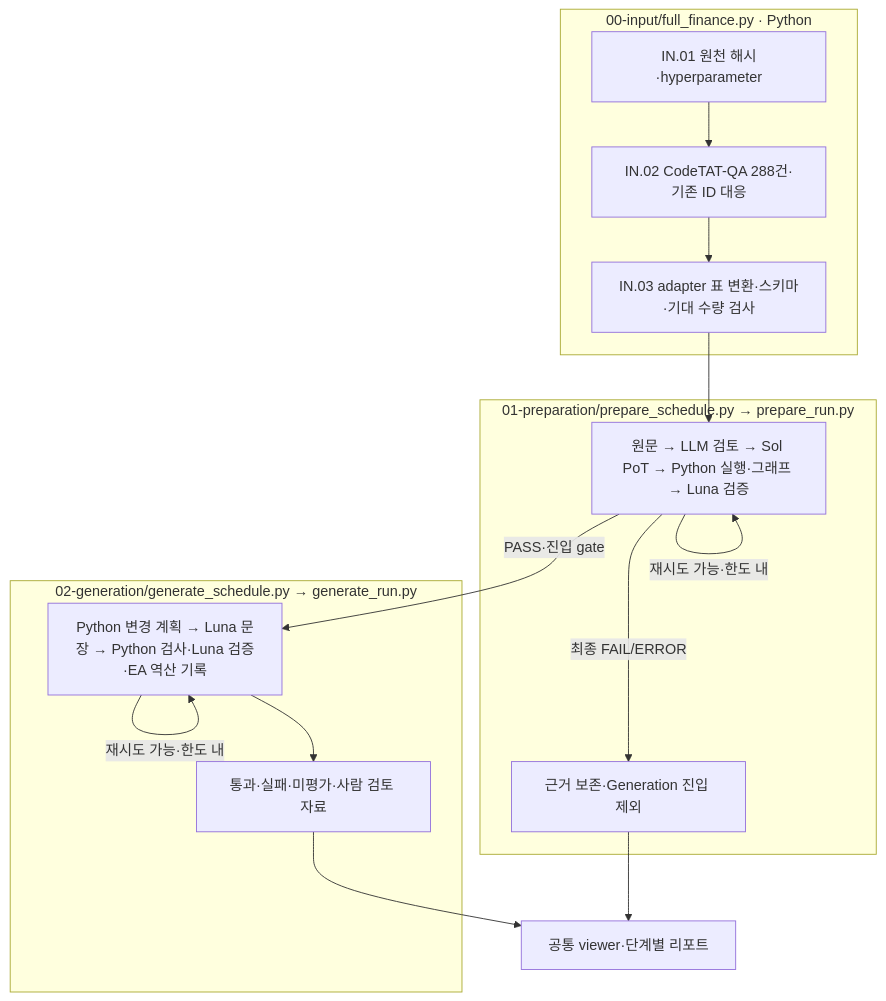
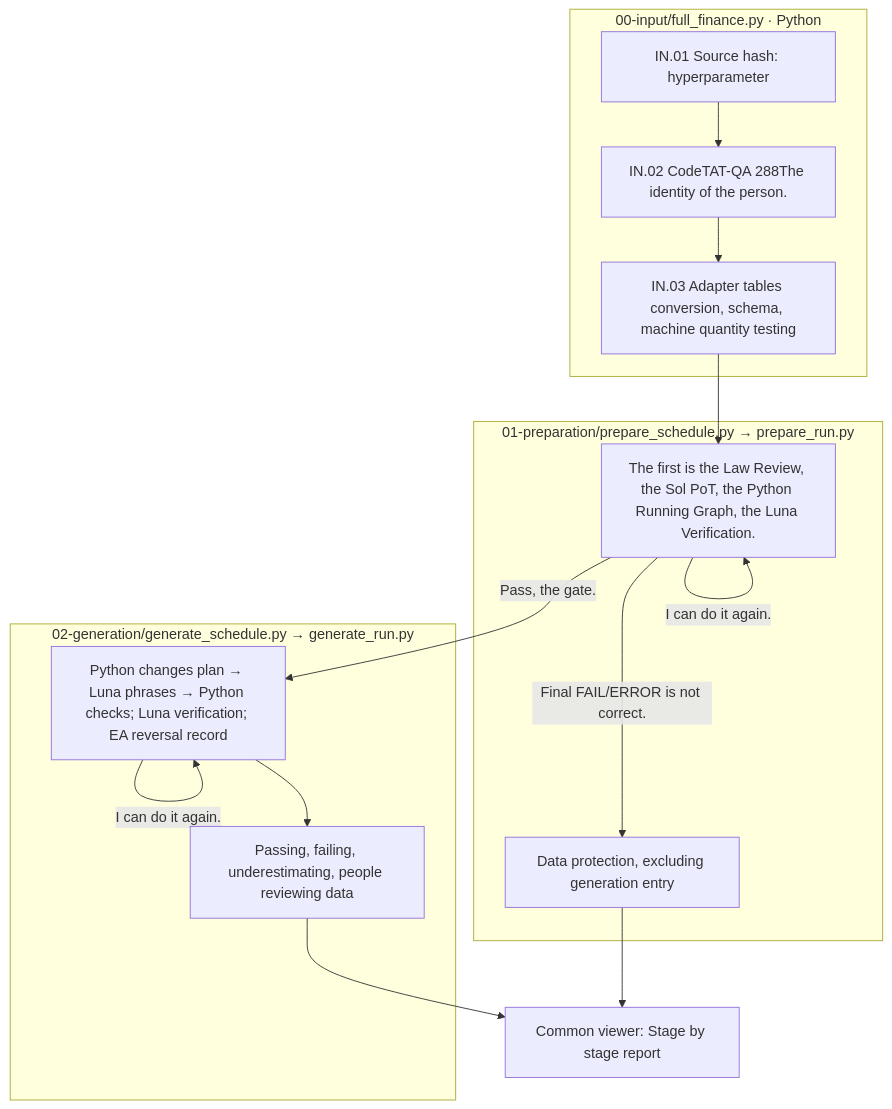
The diagram in src/finarch/documentation/templates/codetatqa-20261003-pilot-run.md (pnu-clink/finject), drawn with Mermaid before and after one commit. The commit also changed other lines of this file and 644 other files, not shown here.

````diff
--- a/src/finarch/documentation/templates/codetatqa-20261003-pilot-run.md
+++ b/src/finarch/documentation/templates/codetatqa-20261003-pilot-run.md
@@ -47,17 +47,17 @@
 ```mermaid
 flowchart TD
  subgraph INPUT["00-input/full_finance.py · Python"]
- A["IN.01 원천 해시·hyperparameter"] --> B["IN.02 CodeTAT-QA 288건·기존 ID 대응"] --> C["IN.03 adapter 표 변환·스키마·기대 수량 검사"]
+ A["IN.01 Source hash: hyperparameter"] --> B["IN.02 CodeTAT-QA 288The identity of the person."] --> C["IN.03 Adapter tables conversion, schema, machine quantity testing"]
  end
  subgraph PREP["01-preparation/prepare_schedule.py → prepare_run.py"]
- C --> P["원문 → LLM 검토 → Sol PoT → Python 실행·그래프 → Luna 검증"]
- P -->|재시도 가능·한도 내| P
- P -->|최종 FAIL/ERROR| F["근거 보존·Generation 진입 제외"]
+ C --> P["The first is the Law Review, the Sol PoT, the Python Running Graph, the Luna Verification."]
+ P -->|I can do it again.| P
+ P -->|Final FAIL/ERROR is not correct.| F["Data protection, excluding generation entry"]
  end
  subgraph GEN["02-generation/generate_schedule.py → generate_run.py"]
- P -->|PASS·진입 gate| G["Python 변경 계획 → Luna 문장 → Python 검사·Luna 검증·EA 역산 기록"]
- G -->|재시도 가능·한도 내| G
- G --> R["통과·실패·미평가·사람 검토 자료"]
+ P -->|Pass, the gate.| G["Python changes plan → Luna phrases → Python checks; Luna verification; EA reversal record"]
+ G -->|I can do it again.| G
+ G --> R["Passing, failing, underestimating, people reviewing data"]
  end
- F & R --> V["공통 viewer·단계별 리포트"]
+ F & R --> V["Common viewer: Stage by stage report"]
 ```
````
